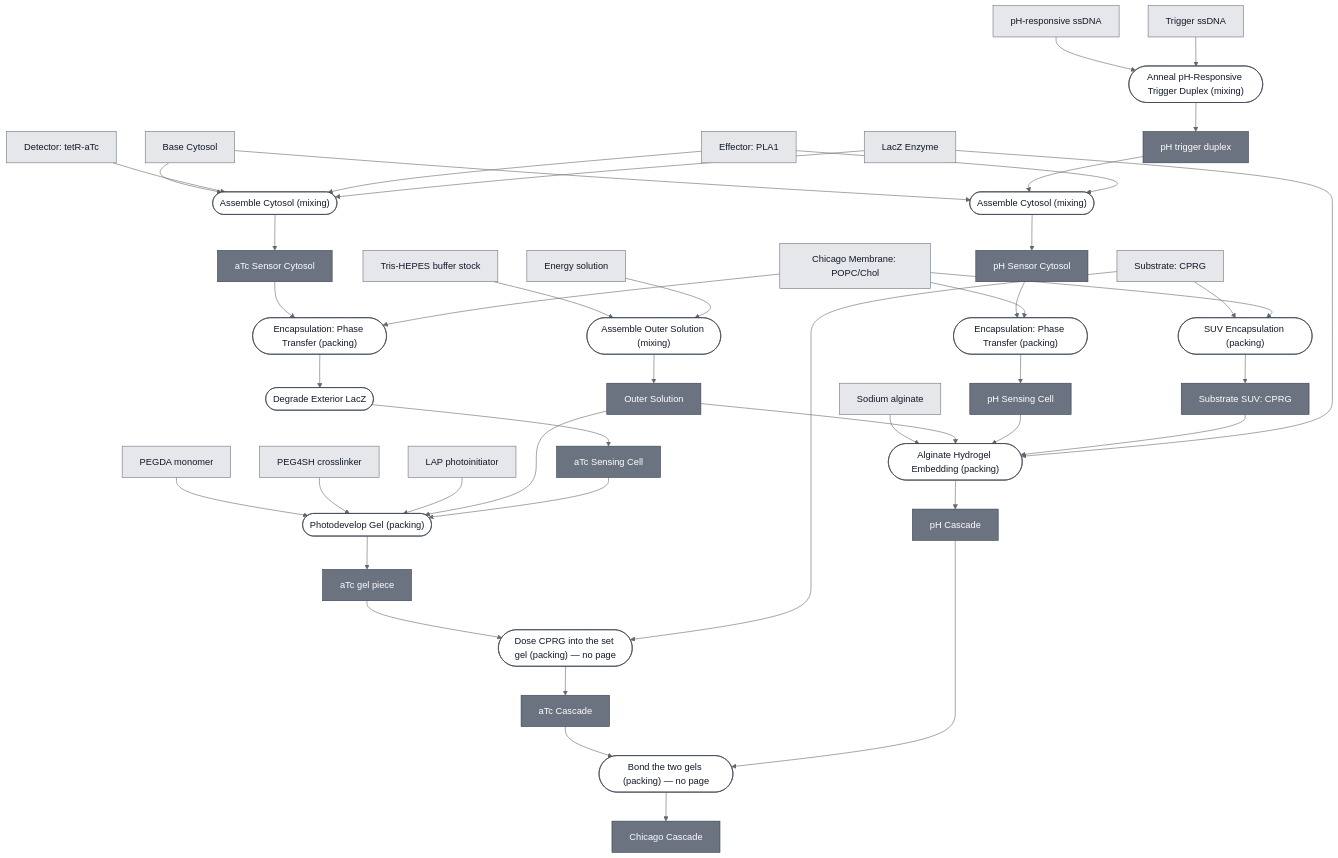
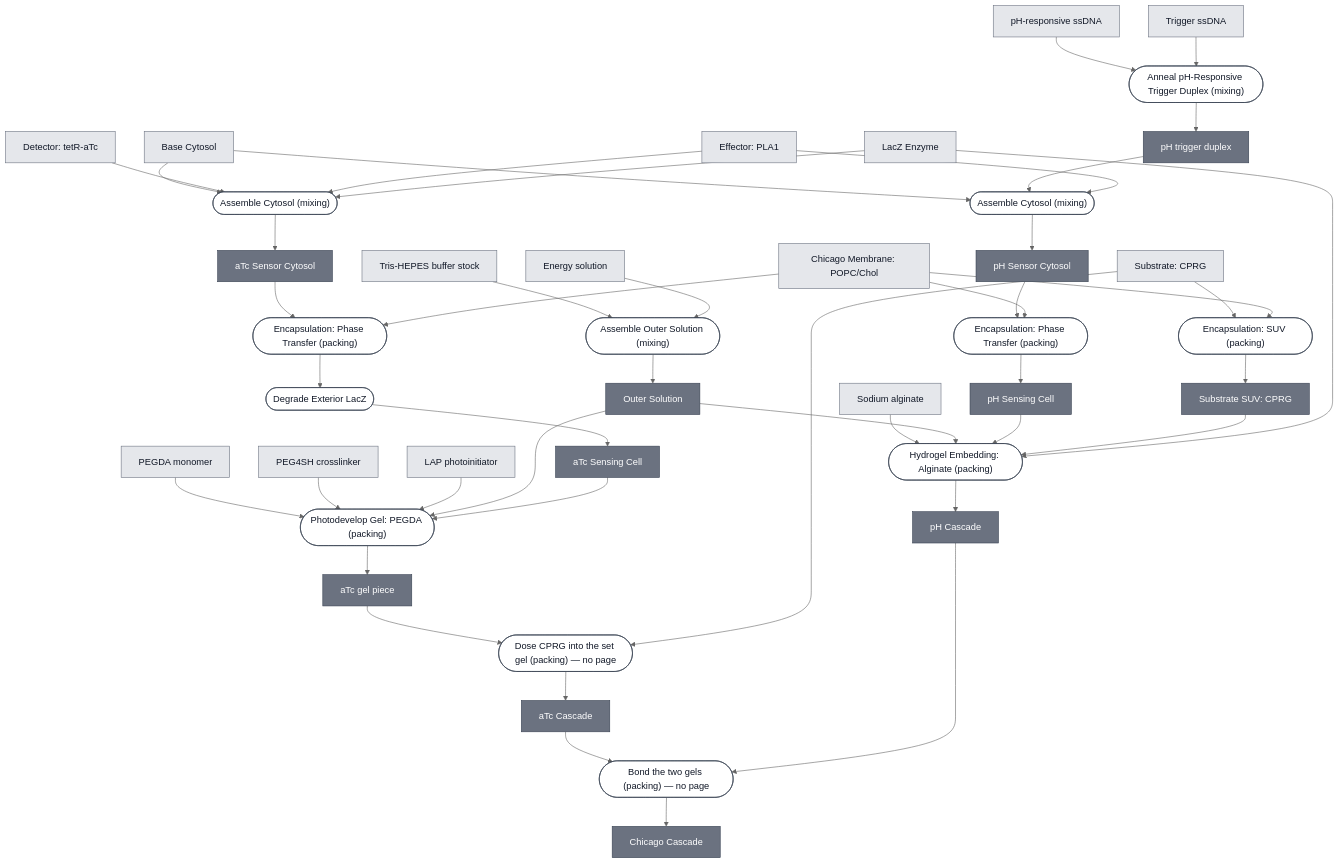
The diagram in docs/modules/chicago-cascade/spec.md (nucleus-eng/nucleus-docs), drawn with Mermaid (neutral theme) before and after one commit. The commit also changed other lines of this file and 39 other files, not shown here.

```diff
--- a/docs/modules/chicago-cascade/spec.md
+++ b/docs/modules/chicago-cascade/spec.md
@@ -58,7 +58,7 @@
     P3_ENCAPSULATE_ATC_0(["Encapsulation: Phase Transfer (packing)"])
     P3_ENCAPSULATE_ATC_1(["Degrade Exterior LacZ"])
     ATC_SENSING_CELL["aTc Sensing Cell"]
-    P4_PHOTODEVELOP_ATC_GEL_0(["Photodevelop Gel (packing)"])
+    P4_PHOTODEVELOP_ATC_GEL_0(["Photodevelop Gel: PEGDA (packing)"])
     ATC_GEL["aTc gel piece"]
     P5_DOSE_CPRG_INTO_ATC_GEL_0(["Dose CPRG into the set gel (packing) — no page"])
     ATC_GEL_LOADED["aTc Cascade"]
@@ -68,9 +68,9 @@
     PH_SENSOR_CYTOSOL["pH Sensor Cytosol"]
     P8_ENCAPSULATE_PH_0(["Encapsulation: Phase Transfer (packing)"])
     PH_SENSING_CELL["pH Sensing Cell"]
-    P9_ENCAPSULATE_SUBSTRATE_SUV_0(["SUV Encapsulation (packing)"])
+    P9_ENCAPSULATE_SUBSTRATE_SUV_0(["Encapsulation: SUV (packing)"])
     SUBSTRATE_CPRG_SUV["Substrate SUV: CPRG"]
-    P10_EMBED_ALGINATE_0(["Alginate Hydrogel Embedding (packing)"])
+    P10_EMBED_ALGINATE_0(["Hydrogel Embedding: Alginate (packing)"])
     PH_GEL["pH Cascade"]
     P11_BOND_GELS_0(["Bond the two gels (packing) — no page"])
     CHICAGO_CASCADE["Chicago Cascade"]
@@ -151,7 +151,7 @@
     click P3_ENCAPSULATE_ATC_0 "/docs/processes/assemble-base-cell/main"
     click P3_ENCAPSULATE_ATC_1 "/docs/processes/degrade-exterior-lacz/main"
     click ATC_SENSING_CELL "/docs/modules/atc-sensing-cell/spec"
-    click P4_PHOTODEVELOP_ATC_GEL_0 "/docs/processes/photodevelop-gel/main"
+    click P4_PHOTODEVELOP_ATC_GEL_0 "/docs/processes/photodevelop-pegda/main"
     click ATC_GEL_LOADED "/docs/modules/atc-cascade/spec"
     click P6_ANNEAL_TRIGGER_DUPLEX_0 "/docs/processes/anneal-ph-trigger-duplex/main"
     click PH_TRIGGER_DUPLEX "/docs/modules/detector-ph/spec"
```
